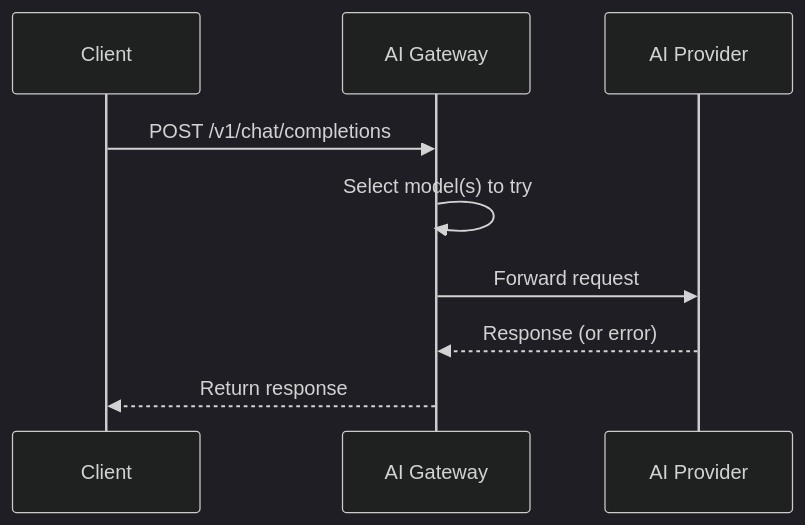
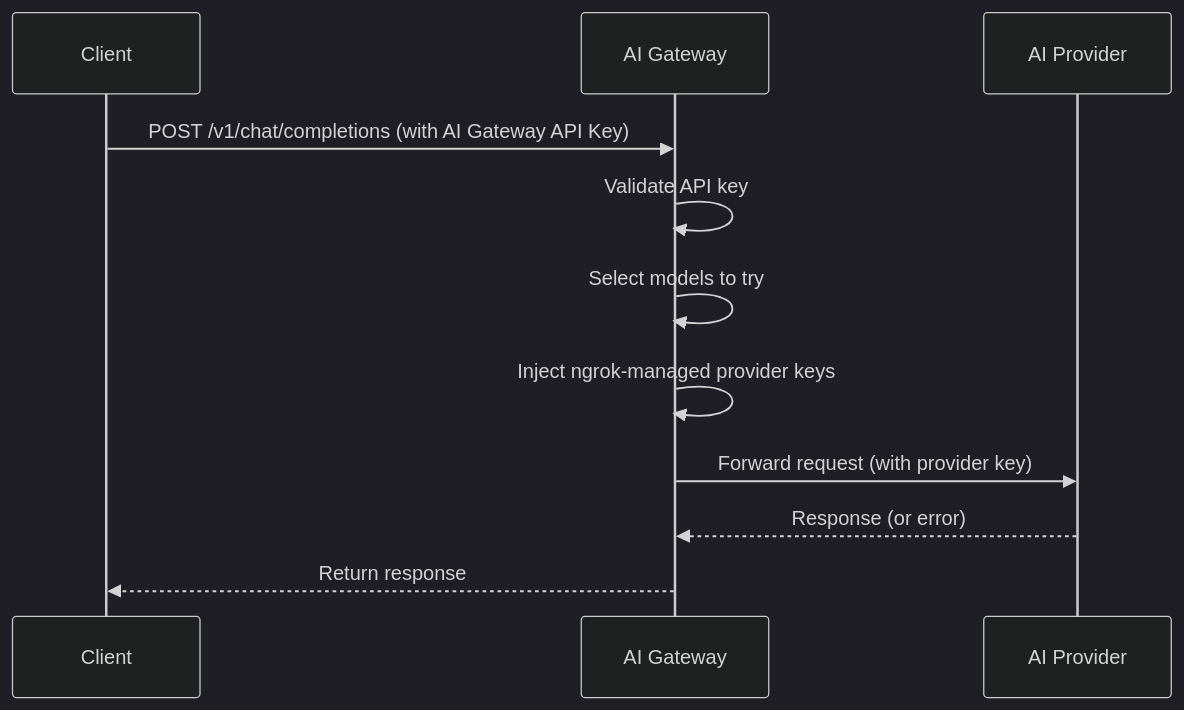
The first of 2 diagrams in ai-gateway/how-it-works.mdx (ngrok/ngrok-docs), drawn with Mermaid (dark theme) before and after one commit. The commit also changed other lines of this file and 36 other files, not shown here.

````diff
--- a/ai-gateway/how-it-works.mdx
+++ b/ai-gateway/how-it-works.mdx
@@ -11,12 +11,14 @@
 ```mermaid
 sequenceDiagram
     participant Client
     participant Gateway as AI Gateway
     participant Provider as AI Provider
 
-    Client->>Gateway: POST /v1/chat/completions
-    Gateway->>Gateway: Select model(s) to try
-    Gateway->>Provider: Forward request
+    Client->>Gateway: POST /v1/chat/completions (with AI Gateway API Key)
+    Gateway->>Gateway: Validate API key
+    Gateway->>Gateway: Select models to try
+    Gateway->>Gateway: Inject ngrok-managed provider keys
+    Gateway->>Provider: Forward request (with provider key)
     Provider-->>Gateway: Response (or error)
     Gateway-->>Client: Return response
 ```
````
